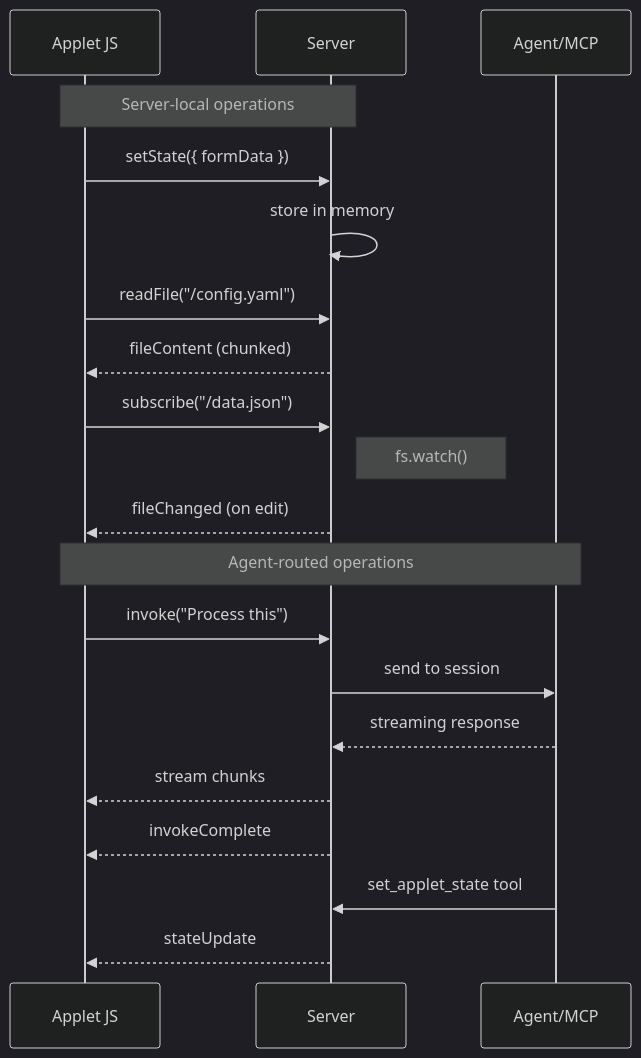
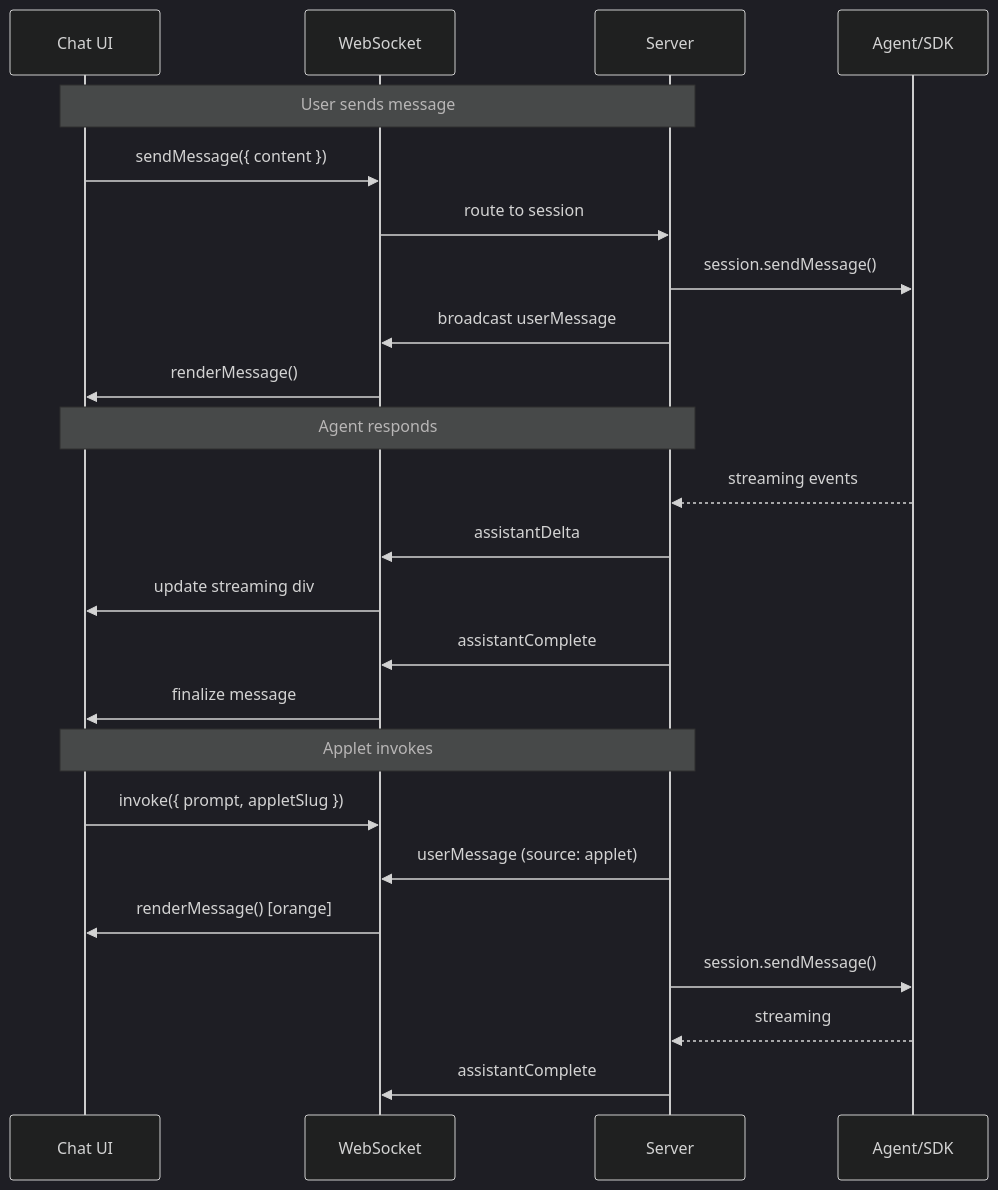
The diagram in doc/websocket.md (icksaur/caco), drawn with Mermaid (dark theme) before and after one commit. The commit also changed other lines of this file, not shown here.

First line of the commit message:
doc: unified WebSocket rendering architecture

````diff
--- a/doc/websocket.md
+++ b/doc/websocket.md
@@ -351,27 +244,29 @@
 ```mermaid
 sequenceDiagram
-    participant A as Applet JS
+    participant C as Chat UI
+    participant W as WebSocket
     participant S as Server
-    participant M as Agent/MCP
+    participant A as Agent/SDK
 
-    Note over A,S: Server-local operations
-    A->>S: setState({ formData })
-    S->>S: store in memory
+    Note over C,S: User sends message
+    C->>W: sendMessage({ content })
+    W->>S: route to session
+    S->>A: session.sendMessage()
+    S->>W: broadcast userMessage
+    W->>C: renderMessage()
 
-    A->>S: readFile("/config.yaml")
-    S-->>A: fileContent (chunked)
+    Note over C,S: Agent responds
+    A-->>S: streaming events
+    S->>W: assistantDelta
+    W->>C: update streaming div
+    S->>W: assistantComplete
+    W->>C: finalize message
 
-    A->>S: subscribe("/data.json")
-    Note right of S: fs.watch()
-    S-->>A: fileChanged (on edit)
-
-    Note over A,M: Agent-routed operations
-    A->>S: invoke("Process this")
-    S->>M: send to session
-    M-->>S: streaming response
-    S-->>A: stream chunks
-    S-->>A: invokeComplete
-
-    M->>S: set_applet_state tool
-    S-->>A: stateUpdate
+    Note over C,S: Applet invokes
+    C->>W: invoke({ prompt, appletSlug })
+    S->>W: userMessage (source: applet)
+    W->>C: renderMessage() [orange]
+    S->>A: session.sendMessage()
+    A-->>S: streaming
+    S->>W: assistantComplete
 ```
````
